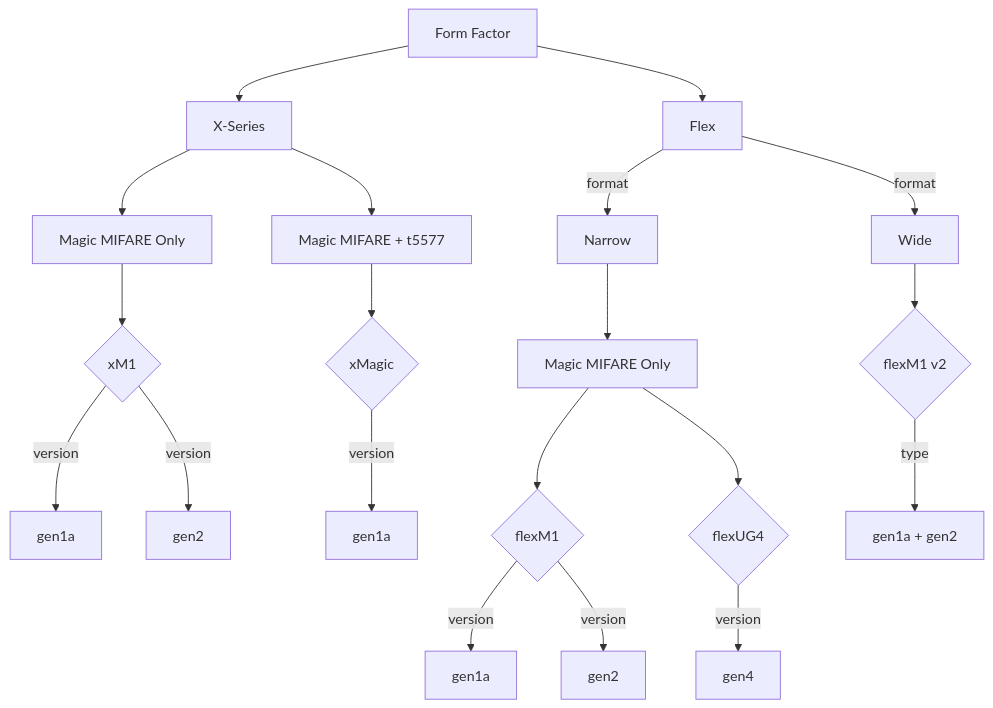
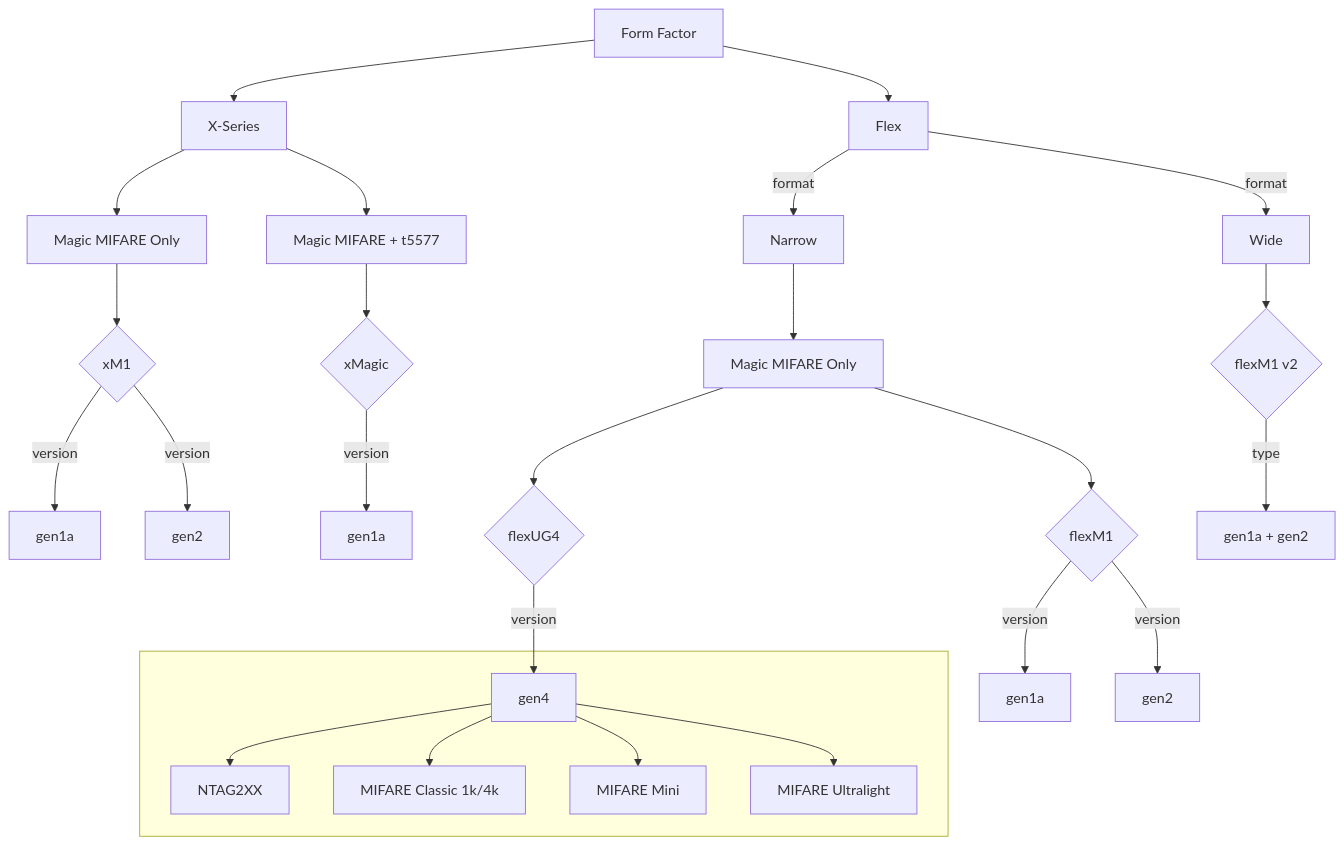
The diagram in MIFARE_CLASSIC_1K_4B_OPTIONS.md (dangerous-tac0s/pm3_documentation), drawn with Mermaid before and after one commit.

````diff
--- a/MIFARE_CLASSIC_1K_4B_OPTIONS.md
+++ b/MIFARE_CLASSIC_1K_4B_OPTIONS.md
@@ -5,18 +5,22 @@
 ```mermaid
   flowchart TD;
       A[Form Factor]--> B[X-Series] & C[Flex];
 
       B --> B1[Magic MIFARE Only] & B2[Magic MIFARE + t5577]
       B1 --> B1.1{xM1}
       B1.1 -- version --> B1.1a[gen1a] & B1.1b[gen2]
       B2 --> B2.1{xMagic}
       B2.1 -- version --> B2.1a[gen1a]
 
       C -- format --> C1[Narrow] & C2[Wide]
       C1 --> C1.1[Magic MIFARE Only]
       C1.1 --> C1.1a{flexM1} & C1.1b{flexUG4}
       C1.1a -- version --> C1.1a_1[gen1a] & C1.1a_2[gen2]
       C1.1b -- version --> C1.1b_1[gen4]
       C2 --> C2.1{flexM1 v2};
       C2.1 -- type --> C2.1a[gen1a + gen2];
+
+      subgraph " "
+      C1.1b_1 --> UG4a[NTAG2XX] & UG4b[MIFARE Classic 1k/4k] & UG4c[MIFARE Mini] & UG4d[MIFARE Ultralight]
+      end
 ```
````
